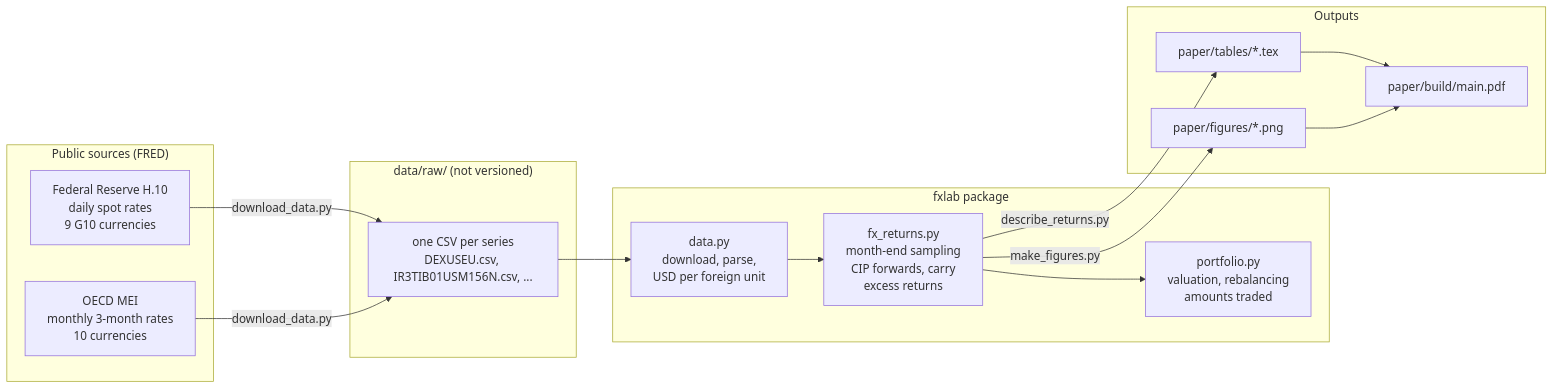
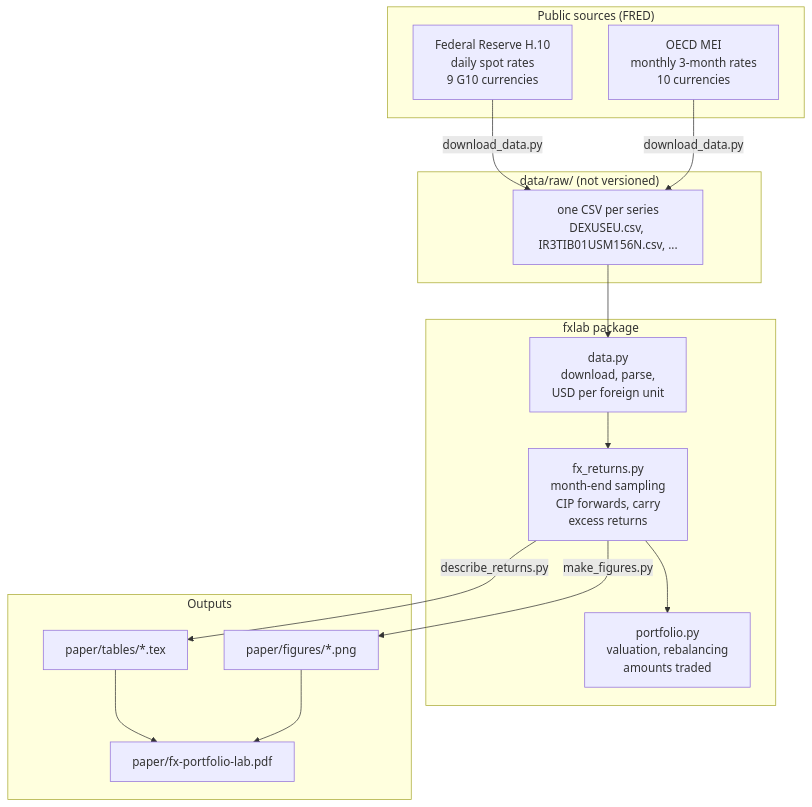
One commit to tomrousselet/fx-portfolio-lab changed the first of 3 diagrams in ARCHITECTURE.md. Above: the diagram before and after it, drawn with Mermaid. The commit also changed 7 other files, not shown here.

First line of the commit message:
Presentation: paper PDF, dark-mode figure, Python language stats, vertical data-flow diagram

````diff
--- a/ARCHITECTURE.md
+++ b/ARCHITECTURE.md
@@ -21,31 +21,33 @@
 ```mermaid
-flowchart LR
+flowchart TB
     subgraph Sources["Public sources (FRED)"]
         H10["Federal Reserve H.10<br/>daily spot rates<br/>9 G10 currencies"]
         OECD["OECD MEI<br/>monthly 3-month rates<br/>10 currencies"]
     end
 
     subgraph Raw["data/raw/ (not versioned)"]
         CSV["one CSV per series<br/>DEXUSEU.csv, IR3TIB01USM156N.csv, ..."]
     end
 
     subgraph Lib["fxlab package"]
         DATA["data.py<br/>download, parse,<br/>USD per foreign unit"]
         RX["fx_returns.py<br/>month-end sampling<br/>CIP forwards, carry<br/>excess returns"]
         PF["portfolio.py<br/>valuation, rebalancing<br/>amounts traded"]
     end
 
     subgraph Out["Outputs"]
         TAB["paper/tables/*.tex"]
         FIG["paper/figures/*.png"]
-        PDF["paper/build/main.pdf"]
+        PDF["paper/fx-portfolio-lab.pdf"]
     end
 
     H10 -->|download_data.py| CSV
     OECD -->|download_data.py| CSV
-    CSV --> DATA --> RX --> PF
+    CSV --> DATA
+    DATA --> RX
+    RX --> PF
     RX -->|describe_returns.py| TAB
     RX -->|make_figures.py| FIG
     TAB --> PDF
     FIG --> PDF
 ```
````
